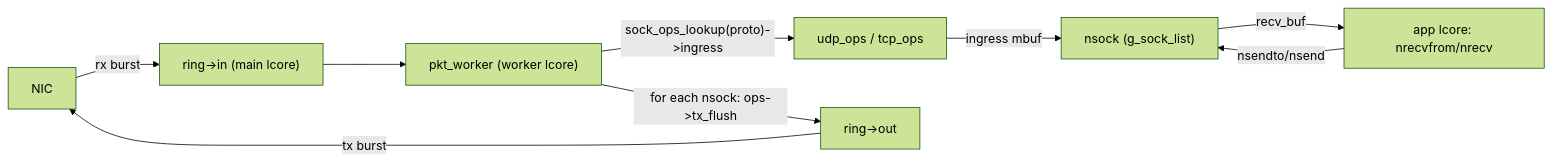
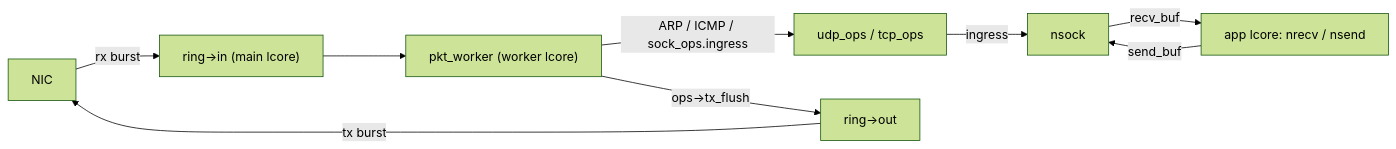
Before and after one commit to john2-ui/SnowTG: the diagram in ARCHITECTURE.md, drawn with Mermaid (forest theme). The commit also changed other lines of this file, not shown here.

````diff
--- a/ARCHITECTURE.md
+++ b/ARCHITECTURE.md
@@ -51,11 +43,11 @@
 ```mermaid
 flowchart LR
     NIC -->|rx burst| InRing["ring->in (main lcore)"]
     InRing --> Worker["pkt_worker (worker lcore)"]
-    Worker -->|"sock_ops_lookup(proto)->ingress"| Ops["udp_ops / tcp_ops"]
-    Ops -->|ingress mbuf| NSock["nsock (g_sock_list)"]
-    NSock -->|recv_buf| App["app lcore: nrecvfrom/nrecv"]
-    App -->|nsendto/nsend| NSock
-    Worker -->|"for each nsock: ops->tx_flush"| OutRing["ring->out"]
+    Worker -->|"ARP / ICMP / sock_ops.ingress"| Ops["udp_ops / tcp_ops"]
+    Ops -->|ingress| NSock["nsock"]
+    NSock -->|recv_buf| App["app lcore: nrecv / nsend"]
+    App -->|send_buf| NSock
+    Worker -->|"ops->tx_flush"| OutRing["ring->out"]
     OutRing -->|tx burst| NIC
 ```
````
